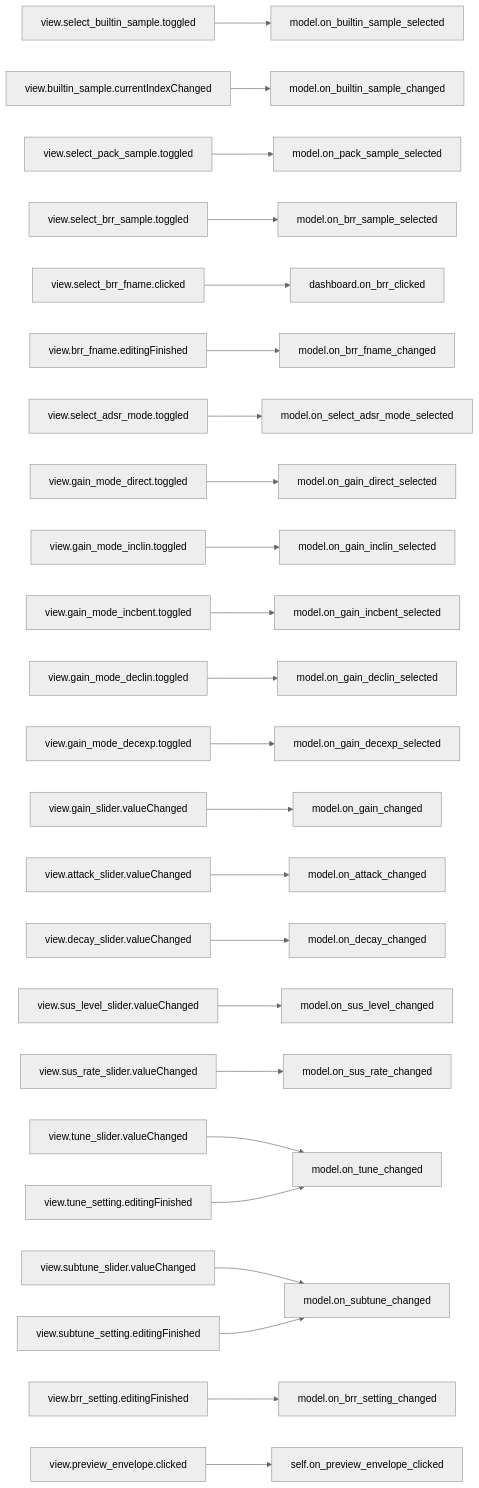
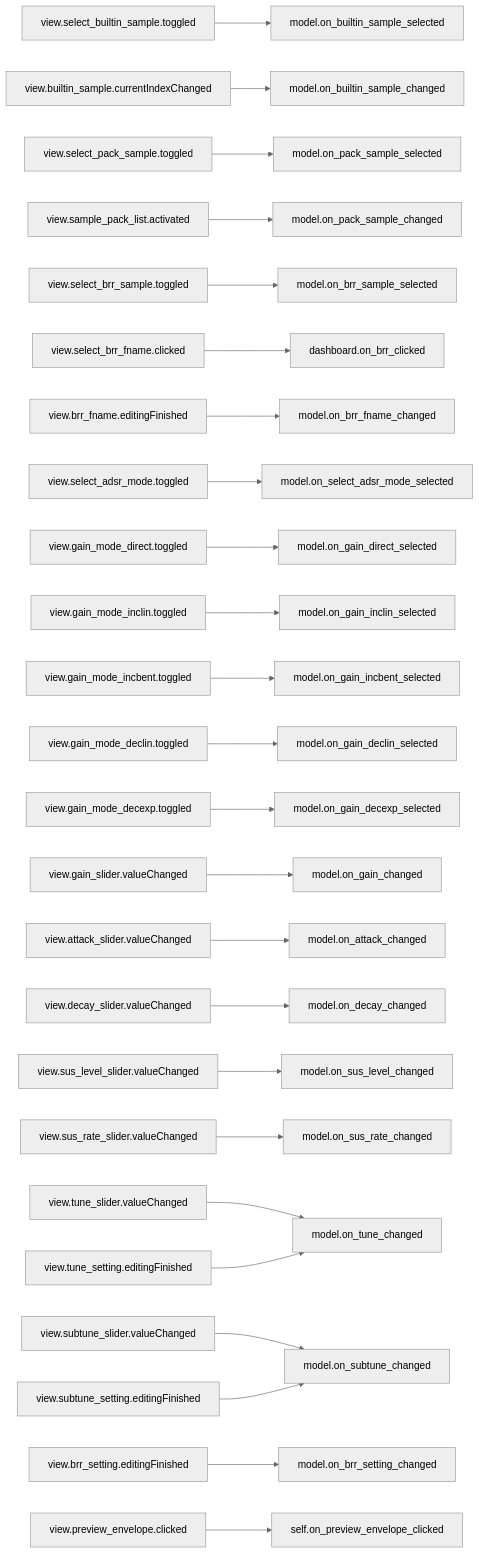
The seventh of 8 diagrams in doc/source/dashboard_signal_slot_map.rst (com-posers-pit/smw_music), drawn with Mermaid (neutral theme) before and after one commit. The commit also changed 3 other files, not shown here.

First line of the commit message:
Add sample pack sample selection connections

```diff
--- a/doc/source/dashboard_signal_slot_map.rst
+++ b/doc/source/dashboard_signal_slot_map.rst
@@ -121,26 +121,27 @@
 .. mermaid::
 
    flowchart LR
       view.select_builtin_sample.toggled --> model.on_builtin_sample_selected
       view.builtin_sample.currentIndexChanged --> model.on_builtin_sample_changed
       view.select_pack_sample.toggled --> model.on_pack_sample_selected
+      view.sample_pack_list.activated --> model.on_pack_sample_changed
       view.select_brr_sample.toggled --> model.on_brr_sample_selected
       view.select_brr_fname.clicked --> dashboard.on_brr_clicked
       view.brr_fname.editingFinished --> model.on_brr_fname_changed
       view.select_adsr_mode.toggled --> model.on_select_adsr_mode_selected
       view.gain_mode_direct.toggled --> model.on_gain_direct_selected
       view.gain_mode_inclin.toggled --> model.on_gain_inclin_selected
       view.gain_mode_incbent.toggled --> model.on_gain_incbent_selected
       view.gain_mode_declin.toggled --> model.on_gain_declin_selected
       view.gain_mode_decexp.toggled --> model.on_gain_decexp_selected
       view.gain_slider.valueChanged --> model.on_gain_changed
       view.attack_slider.valueChanged --> model.on_attack_changed
       view.decay_slider.valueChanged --> model.on_decay_changed
       view.sus_level_slider.valueChanged --> model.on_sus_level_changed
       view.sus_rate_slider.valueChanged --> model.on_sus_rate_changed
       view.tune_slider.valueChanged --> model.on_tune_changed
       view.tune_setting.editingFinished --> model.on_tune_changed
       view.subtune_slider.valueChanged --> model.on_subtune_changed
       view.subtune_setting.editingFinished --> model.on_subtune_changed
       view.brr_setting.editingFinished --> model.on_brr_setting_changed
       view.preview_envelope.clicked --> self.on_preview_envelope_clicked
```
